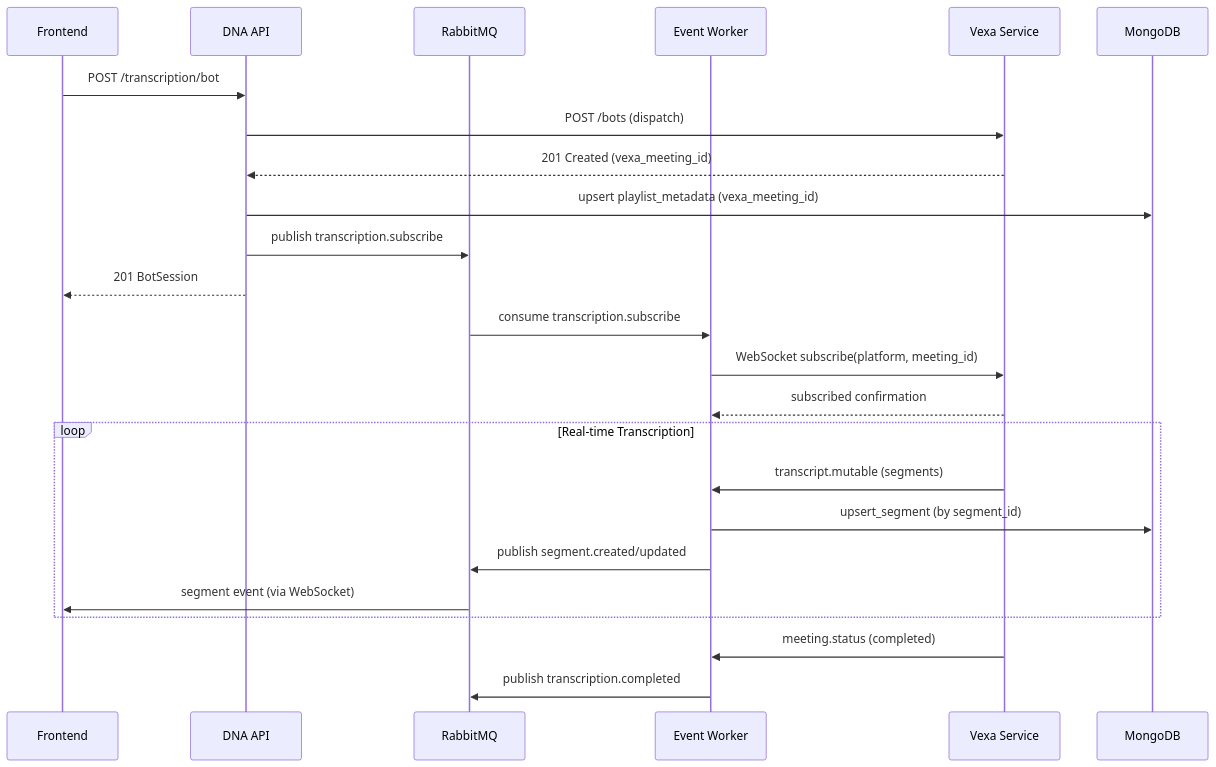
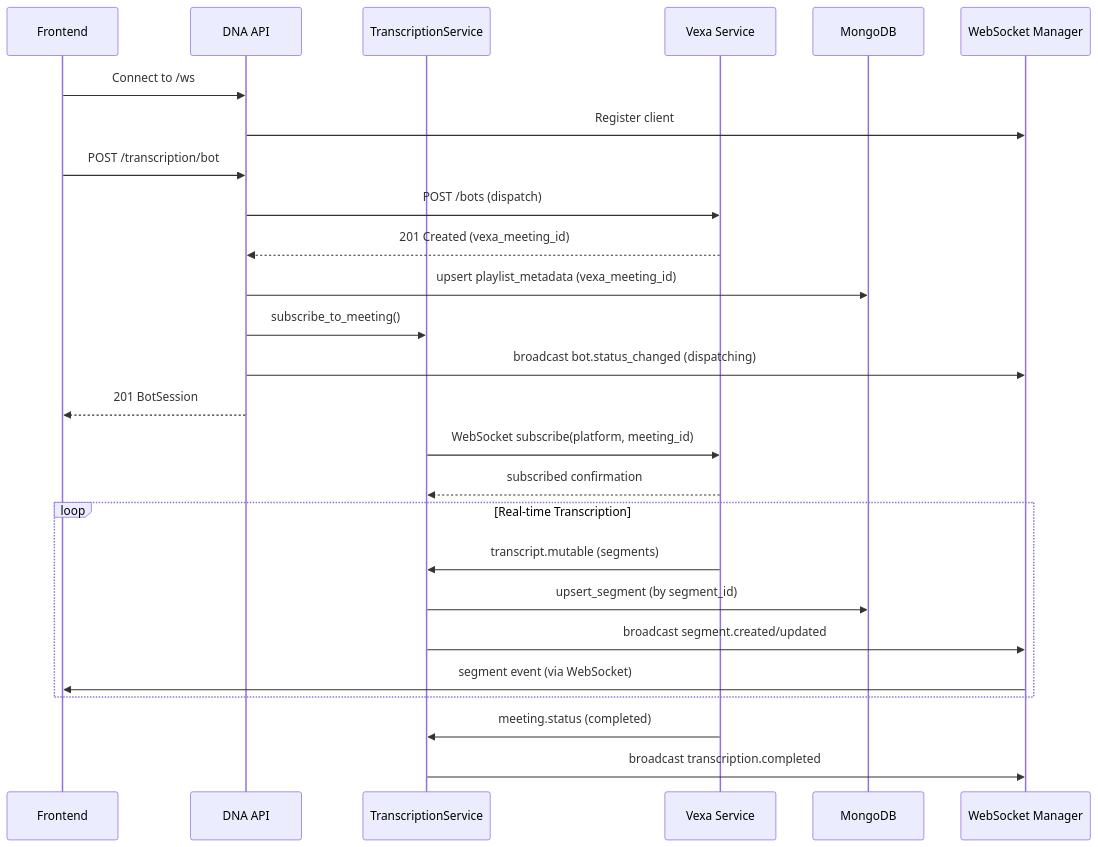
The second of 5 diagrams in backend/docs/TRANSCRIPTION_PIPELINE.md (jspada200/dna), drawn with Mermaid before and after one commit. The commit also changed other lines of this file and 8 other files, not shown here.

````diff
--- a/backend/docs/TRANSCRIPTION_PIPELINE.md
+++ b/backend/docs/TRANSCRIPTION_PIPELINE.md
@@ -96,30 +95,33 @@
 ```mermaid
 sequenceDiagram
     participant UI as Frontend
     participant API as DNA API
-    participant RMQ as RabbitMQ
-    participant Worker as Event Worker
+    participant TS as TranscriptionService
     participant Vexa as Vexa Service
     participant Mongo as MongoDB
+    participant WSM as WebSocket Manager
+
+    UI->>API: Connect to /ws
+    API->>WSM: Register client
 
     UI->>API: POST /transcription/bot
     API->>Vexa: POST /bots (dispatch)
     Vexa-->>API: 201 Created (vexa_meeting_id)
     API->>Mongo: upsert playlist_metadata (vexa_meeting_id)
-    API->>RMQ: publish transcription.subscribe
+    API->>TS: subscribe_to_meeting()
+    API->>WSM: broadcast bot.status_changed (dispatching)
     API-->>UI: 201 BotSession
 
-    RMQ->>Worker: consume transcription.subscribe
-    Worker->>Vexa: WebSocket subscribe(platform, meeting_id)
-    Vexa-->>Worker: subscribed confirmation
+    TS->>Vexa: WebSocket subscribe(platform, meeting_id)
+    Vexa-->>TS: subscribed confirmation
 
     loop Real-time Transcription
-        Vexa->>Worker: transcript.mutable (segments)
-        Worker->>Mongo: upsert_segment (by segment_id)
-        Worker->>RMQ: publish segment.created/updated
-        RMQ->>UI: segment event (via WebSocket)
+        Vexa->>TS: transcript.mutable (segments)
+        TS->>Mongo: upsert_segment (by segment_id)
+        TS->>WSM: broadcast segment.created/updated
+        WSM->>UI: segment event (via WebSocket)
     end
 
-    Vexa->>Worker: meeting.status (completed)
-    Worker->>RMQ: publish transcription.completed
+    Vexa->>TS: meeting.status (completed)
+    TS->>WSM: broadcast transcription.completed
 ```
````
